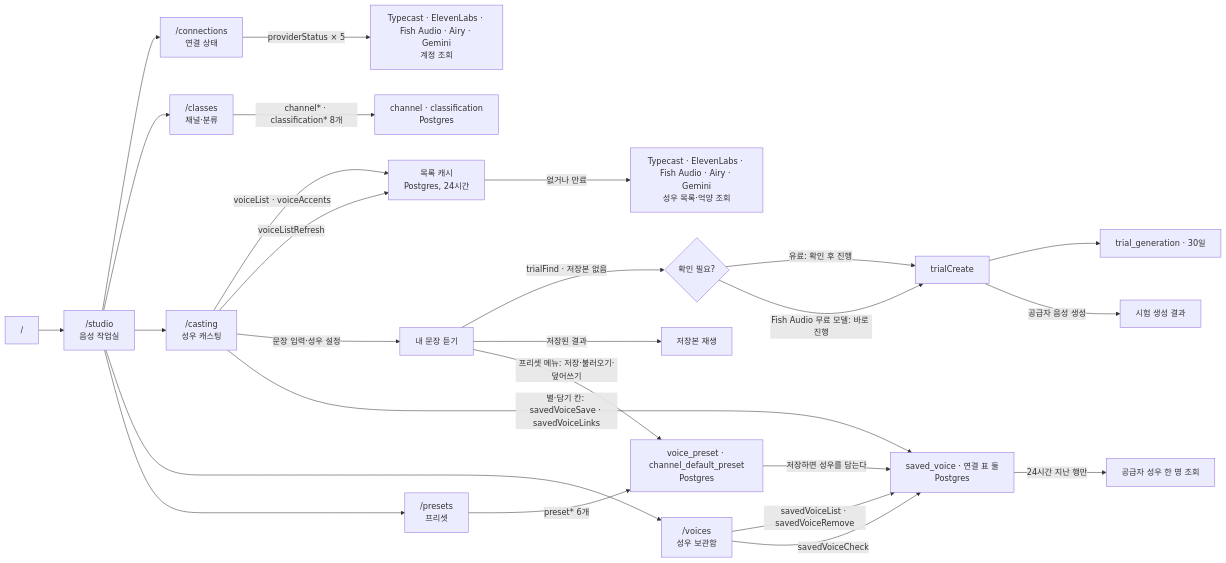
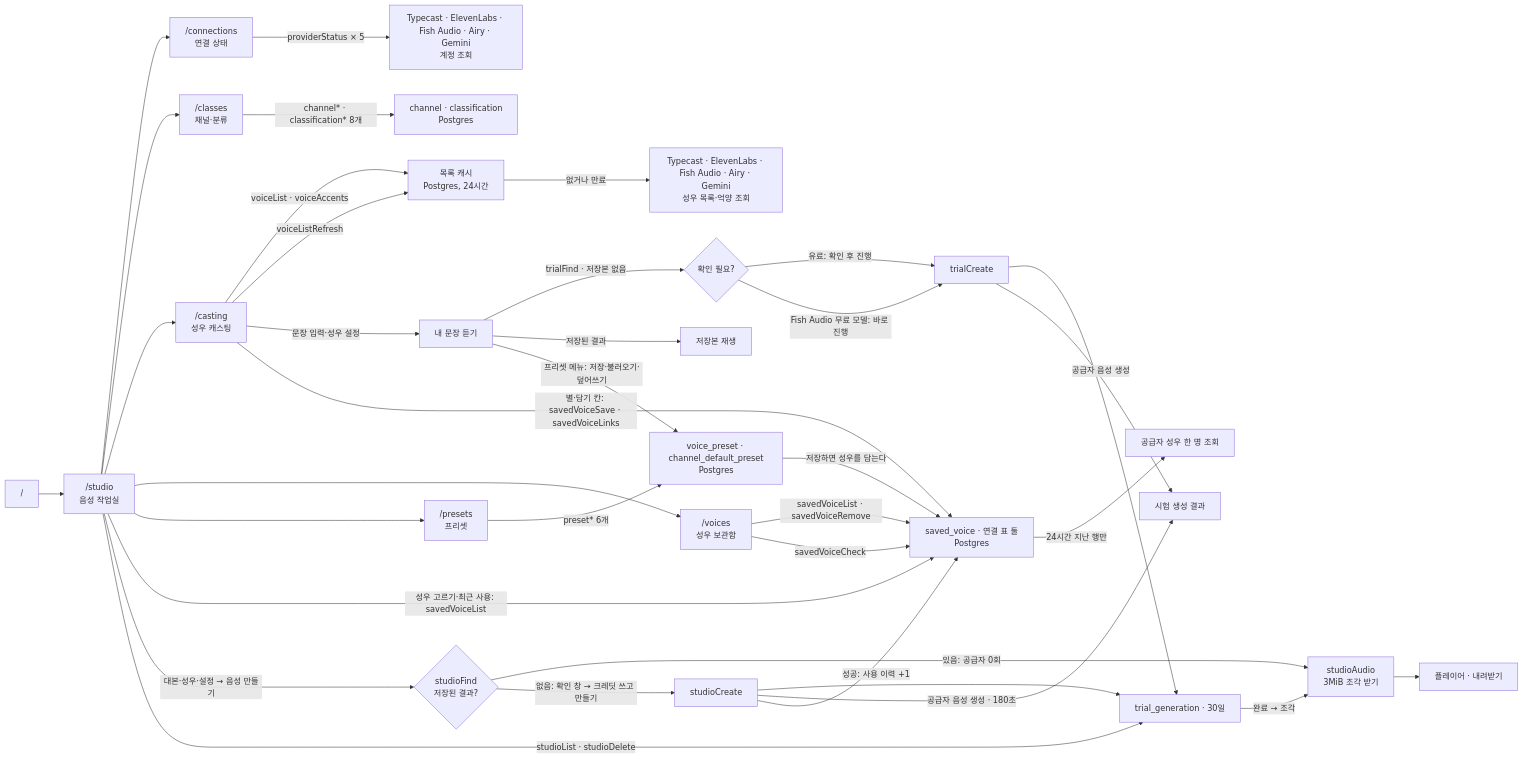
The diagram in docs/domain/project.md (roadkwonai/omni-ai-tts), drawn with Mermaid before and after one commit. The commit also changed other lines of this file and 65 other files, not shown here.

````diff
--- a/docs/domain/project.md
+++ b/docs/domain/project.md
@@ -18,28 +18,38 @@
 ```mermaid
 flowchart LR
   R["/"] --> S["/studio<br/>음성 작업실"]
   S --> C["/connections<br/>연결 상태"]
   C -->|providerStatus × 5| P["Typecast · ElevenLabs · Fish Audio · Airy · Gemini<br/>계정 조회"]
   S --> CL["/classes<br/>채널·분류"]
   CL -->|"channel* · classification* 8개"| CD["channel · classification<br/>Postgres"]
   S --> V["/casting<br/>성우 캐스팅"]
   V -->|"voiceList · voiceAccents"| K["목록 캐시<br/>Postgres, 24시간"]
   K -->|"없거나 만료"| L["Typecast · ElevenLabs · Fish Audio · Airy · Gemini<br/>성우 목록·억양 조회"]
   V -->|voiceListRefresh| K
   V -->|문장 입력·성우 설정| TF["내 문장 듣기"]
   TF -->|trialFind · 저장본 없음| TC{"확인 필요?"}
   TC -->|유료: 확인 후 진행| TCR["trialCreate"]
   TC -->|Fish Audio 무료 모델: 바로 진행| TCR
   TF -->|저장된 결과| TA["저장본 재생"]
   TCR --> TR["trial_generation · 30일"]
   TCR -->|공급자 음성 생성| TOUT["시험 생성 결과"]
   V -->|"별·담기 칸: savedVoiceSave · savedVoiceLinks"| SV["saved_voice · 연결 표 둘<br/>Postgres"]
   S --> LB["/voices<br/>성우 보관함"]
   LB -->|"savedVoiceList · savedVoiceRemove"| SV
   LB -->|savedVoiceCheck| SV
   SV -->|"24시간 지난 행만"| G["공급자 성우 한 명 조회"]
   S --> PR["/presets<br/>프리셋"]
   PR -->|"preset* 6개"| PD["voice_preset · channel_default_preset<br/>Postgres"]
   TF -->|"프리셋 메뉴: 저장·불러오기·덮어쓰기"| PD
   PD -->|"저장하면 성우를 담는다"| SV
+  S -->|"성우 고르기·최근 사용: savedVoiceList"| SV
+  S -->|"대본·성우·설정 → 음성 만들기"| SF{"studioFind<br/>저장된 결과?"}
+  SF -->|"있음: 공급자 0회"| SA["studioAudio<br/>3MiB 조각 받기"]
+  SF -->|"없음: 확인 창 → 크레딧 쓰고 만들기"| SC["studioCreate"]
+  SC --> TR
+  SC -->|"공급자 음성 생성 · 180초"| TOUT
+  SC -->|"성공: 사용 이력 +1"| SV
+  TR -->|"완료 → 조각"| SA
+  SA --> SP["플레이어 · 내려받기"]
+  S -->|"studioList · studioDelete"| TR
 ```
````
